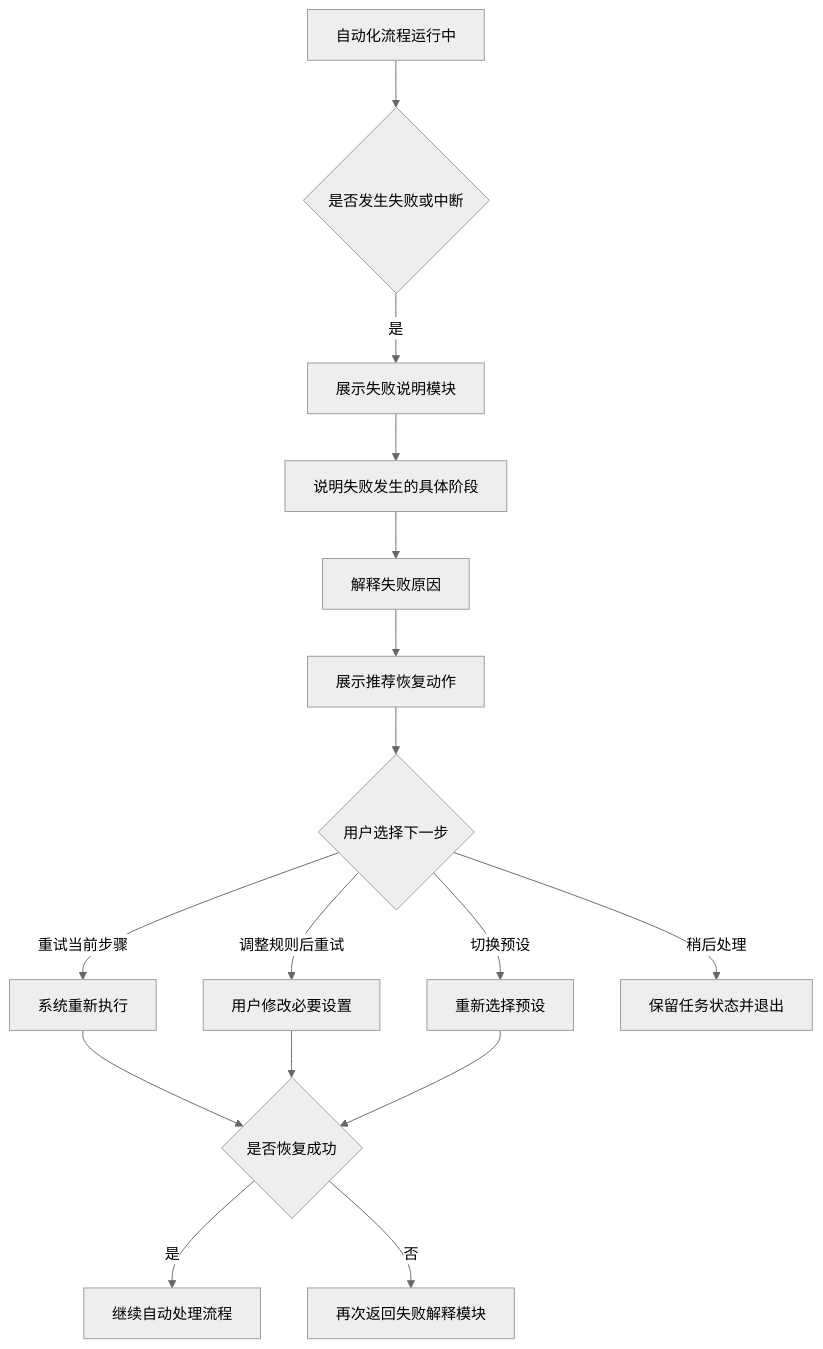
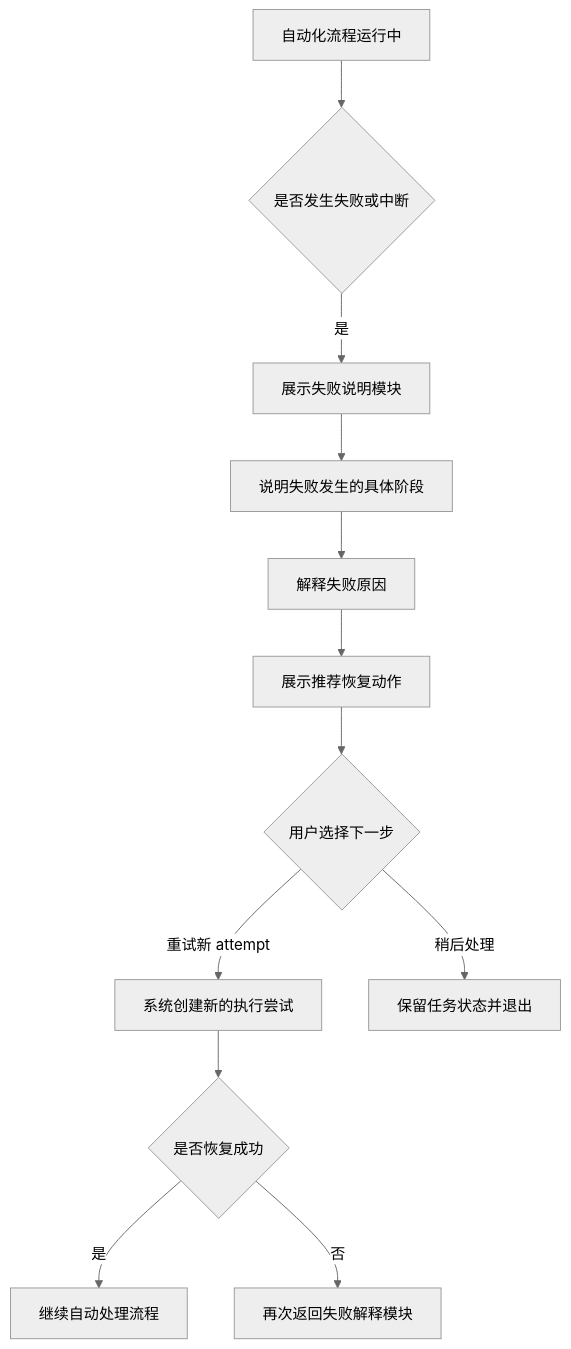
Before and after one commit to youranreus/Yakimoji: the third of 3 diagrams in _bmad-output/planning-artifacts/ux-design-specification.md, drawn with Mermaid (neutral theme). The commit also changed other lines of this file and 3 other files, not shown here.

````diff
--- a/_bmad-output/planning-artifacts/ux-design-specification.md
+++ b/_bmad-output/planning-artifacts/ux-design-specification.md
@@ -390,18 +390,14 @@
 ```mermaid
 flowchart TD
     A[自动化流程运行中] --> B{是否发生失败或中断}
     B -->|是| C[展示失败说明模块]
     C --> D[说明失败发生的具体阶段]
     D --> E[解释失败原因]
     E --> F[展示推荐恢复动作]
     F --> G{用户选择下一步}
-    G -->|重试当前步骤| H[系统重新执行]
-    G -->|调整规则后重试| I[用户修改必要设置]
-    G -->|切换预设| J[重新选择预设]
-    G -->|稍后处理| K[保留任务状态并退出]
-    H --> L{是否恢复成功}
-    I --> L
-    J --> L
-    L -->|是| M[继续自动处理流程]
-    L -->|否| N[再次返回失败解释模块]
+    G -->|重试新 attempt| H[系统创建新的执行尝试]
+    G -->|稍后处理| I[保留任务状态并退出]
+    H --> J{是否恢复成功}
+    J -->|是| K[继续自动处理流程]
+    J -->|否| L[再次返回失败解释模块]
 ```
````
